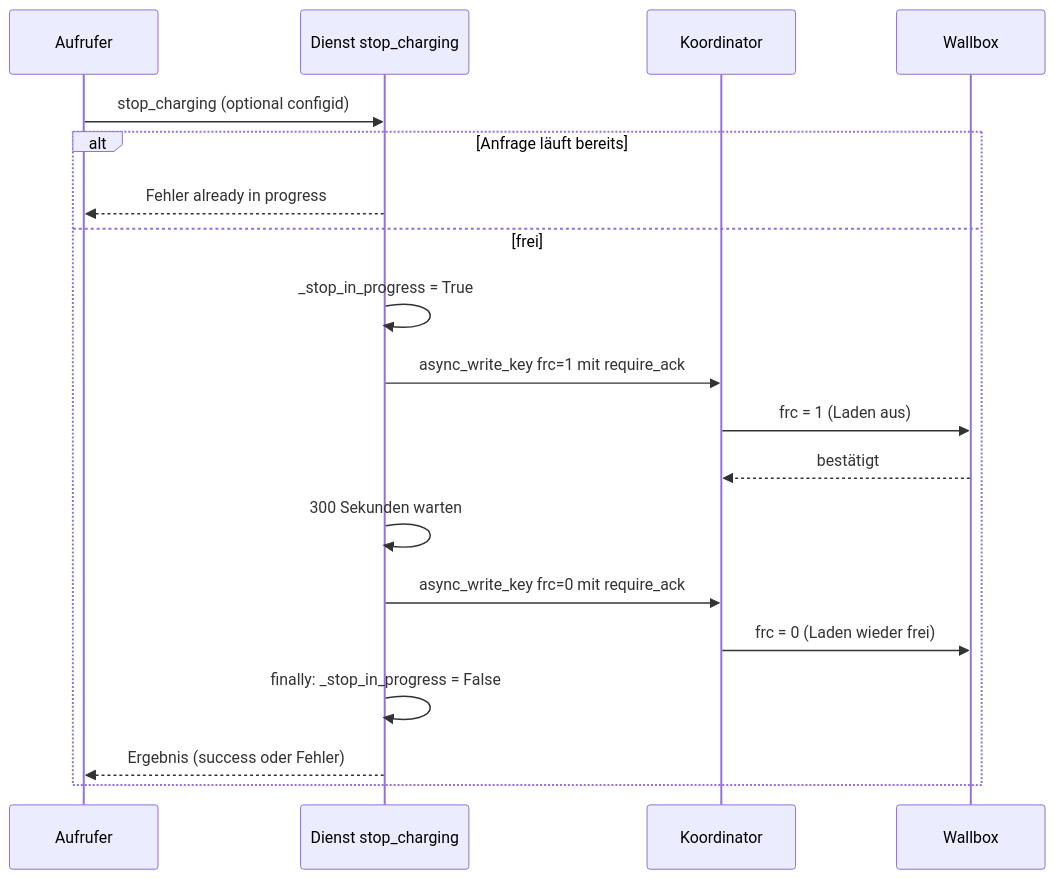
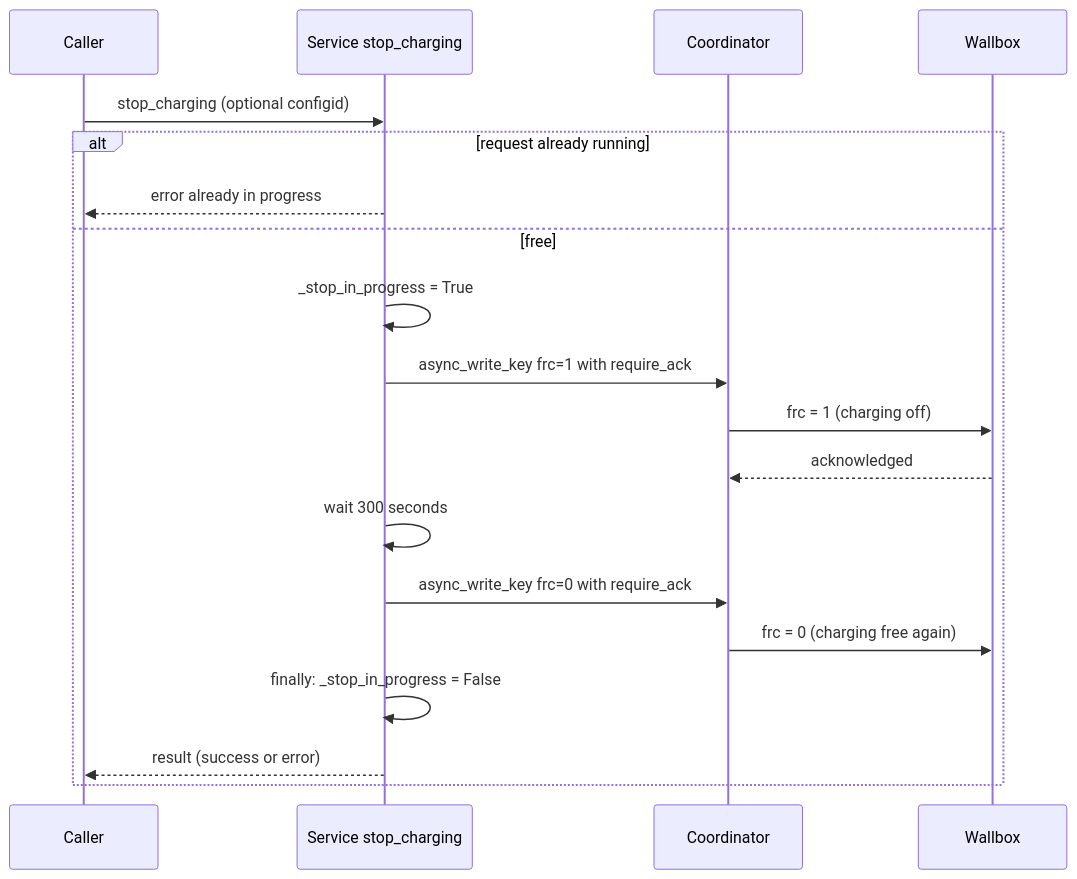
The sixth of 12 diagrams in docs/architecture/arc42-ha-goecharger-api2.md (OliEder/ha-goecharger-api2), drawn with Mermaid before and after one commit. The commit also changed other lines of this file and 89 other files, not shown here.

````diff
--- a/docs/architecture/arc42-ha-goecharger-api2.md
+++ b/docs/architecture/arc42-ha-goecharger-api2.md
@@ -340,21 +340,21 @@
 ```mermaid
 sequenceDiagram
-    participant A as Aufrufer
-    participant S as Dienst stop_charging
-    participant C as Koordinator
+    participant A as Caller
+    participant S as Service stop_charging
+    participant C as Coordinator
     participant W as Wallbox
     A->>S: stop_charging (optional configid)
-    alt Anfrage läuft bereits
-        S-->>A: Fehler already in progress
-    else frei
+    alt request already running
+        S-->>A: error already in progress
+    else free
         S->>S: _stop_in_progress = True
-        S->>C: async_write_key frc=1 mit require_ack
-        C->>W: frc = 1 (Laden aus)
-        W-->>C: bestätigt
-        S->>S: 300 Sekunden warten
-        S->>C: async_write_key frc=0 mit require_ack
-        C->>W: frc = 0 (Laden wieder frei)
+        S->>C: async_write_key frc=1 with require_ack
+        C->>W: frc = 1 (charging off)
+        W-->>C: acknowledged
+        S->>S: wait 300 seconds
+        S->>C: async_write_key frc=0 with require_ack
+        C->>W: frc = 0 (charging free again)
         S->>S: finally: _stop_in_progress = False
-        S-->>A: Ergebnis (success oder Fehler)
+        S-->>A: result (success or error)
     end
 ```
````
